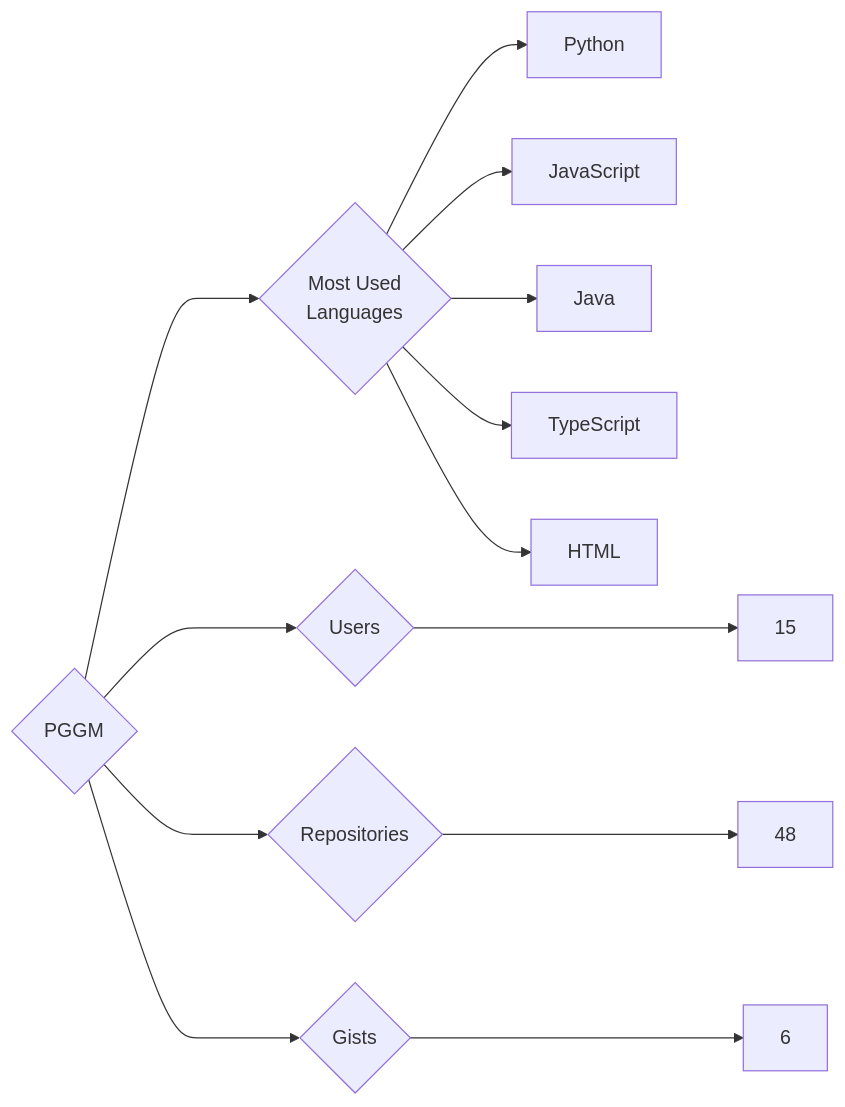
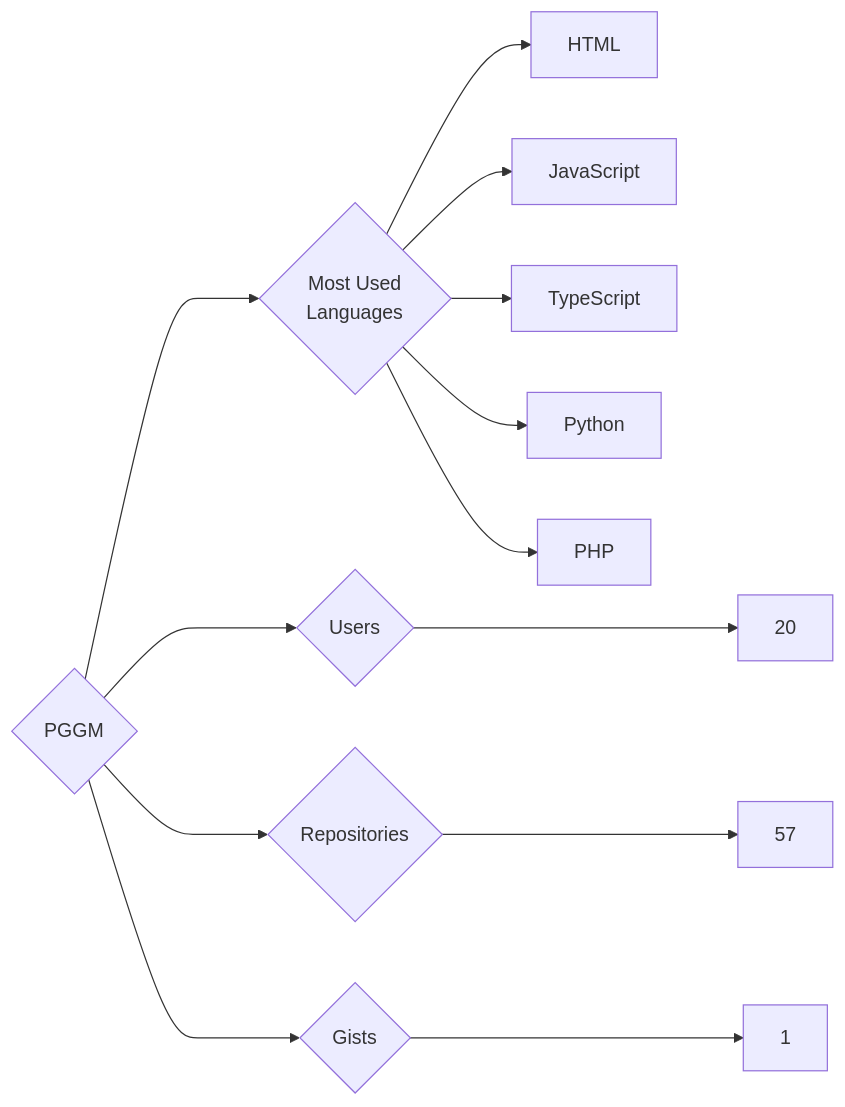
The diagram in targets/PGGM/README.md (trickest/insiders), drawn with Mermaid before and after one commit. The commit also changed 878 other files, not shown here.

````diff
--- a/targets/PGGM/README.md
+++ b/targets/PGGM/README.md
@@ -3,13 +3,13 @@
 ```mermaid
 graph LR
 COMPANY_NAME{PGGM}
-COMPANY_NAME ---> U{Users} ---> UN[15]
-COMPANY_NAME ---> R{Repositories} ---> RN[48]
-COMPANY_NAME ---> G{Gists} ---> GN[6]
+COMPANY_NAME ---> U{Users} ---> UN[20]
+COMPANY_NAME ---> R{Repositories} ---> RN[57]
+COMPANY_NAME ---> G{Gists} ---> GN[1]
 COMPANY_NAME ---> ML{Most Used<br>Languages}
+ML --> HTML[HTML]
+ML --> JavaScript[JavaScript]
+ML --> TypeScript[TypeScript]
 ML --> Python[Python]
-ML --> JavaScript[JavaScript]
-ML --> Java[Java]
-ML --> TypeScript[TypeScript]
-ML --> HTML[HTML]
+ML --> PHP[PHP]
 ```
````
